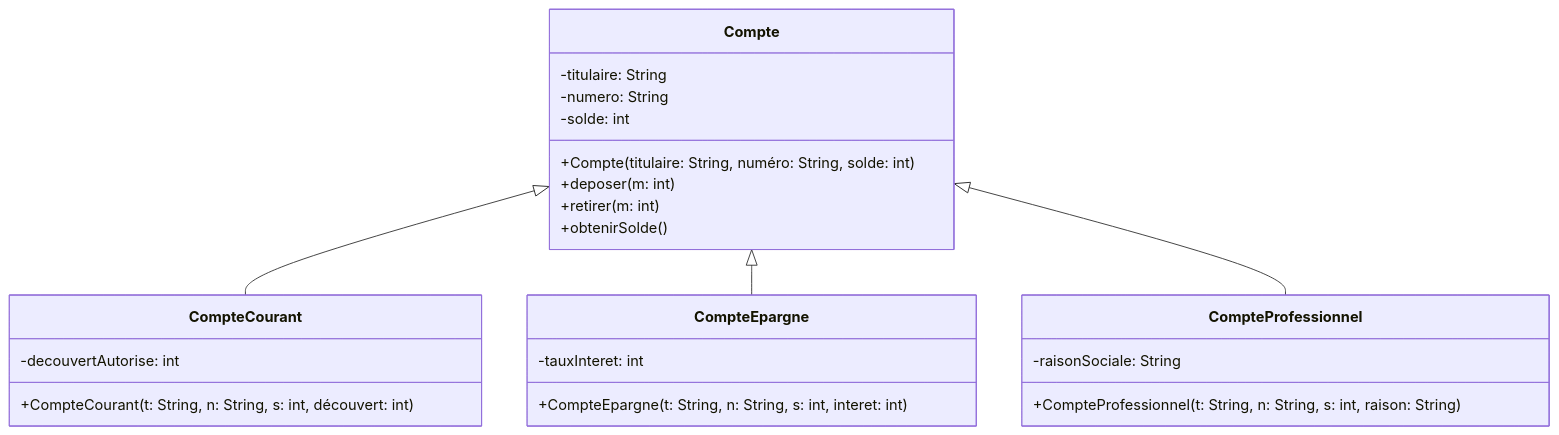
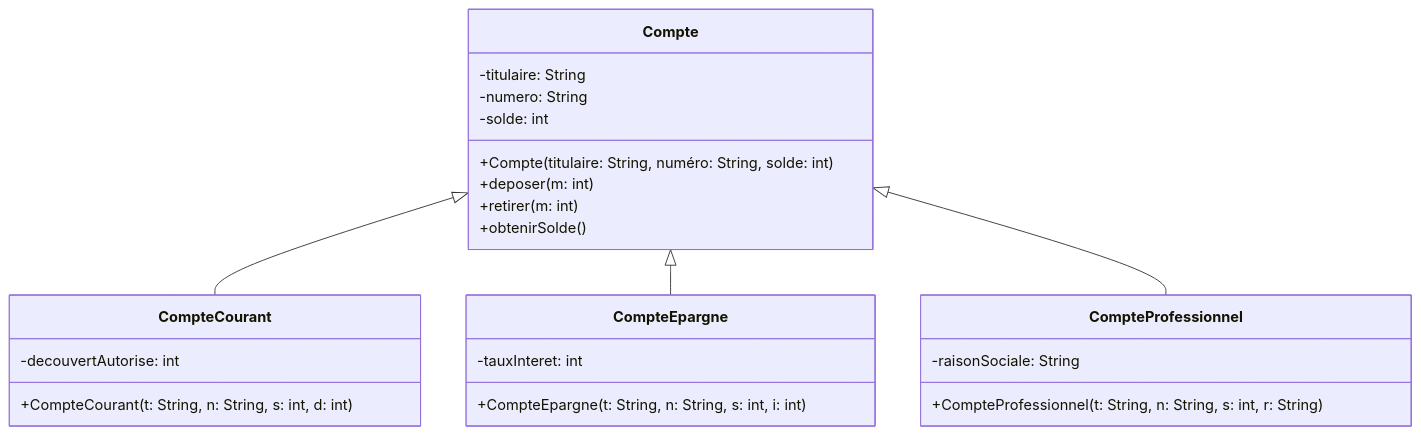
One commit to AlexDmr/l3m-2026-2027-apo changed the second of 5 diagrams in Cours/Heritage/intro.md. Above: the diagram before and after it, drawn with Mermaid.

Commit message:
update Cours/Heritage/intro.md from ptf-ens

````diff
--- a/Cours/Heritage/intro.md
+++ b/Cours/Heritage/intro.md
@@ -60,31 +60,31 @@
 ```mermaid
 classDiagram
     class Compte {
         -titulaire: String
         -numero: String
         -solde: int
         +Compte(titulaire: String, numéro: String, solde: int)
         +deposer(m: int)
         +retirer(m: int)
         +obtenirSolde()
     }
     
     class CompteCourant {
         -decouvertAutorise: int
-        +CompteCourant(t: String, n: String, s: int, découvert: int)
+        +CompteCourant(t: String, n: String, s: int, d: int)
     }
     
     class CompteEpargne {
         -tauxInteret: int
-        +CompteEpargne(t: String, n: String, s: int, interet: int)
+        +CompteEpargne(t: String, n: String, s: int, i: int)
     }
     
     class CompteProfessionnel {
         -raisonSociale: String
-        +CompteProfessionnel(t: String, n: String, s: int, raison: String)
+        +CompteProfessionnel(t: String, n: String, s: int, r: String)
     }
     
     Compte <|-- CompteCourant
     Compte <|-- CompteEpargne
     Compte <|-- CompteProfessionnel
 ```
````
